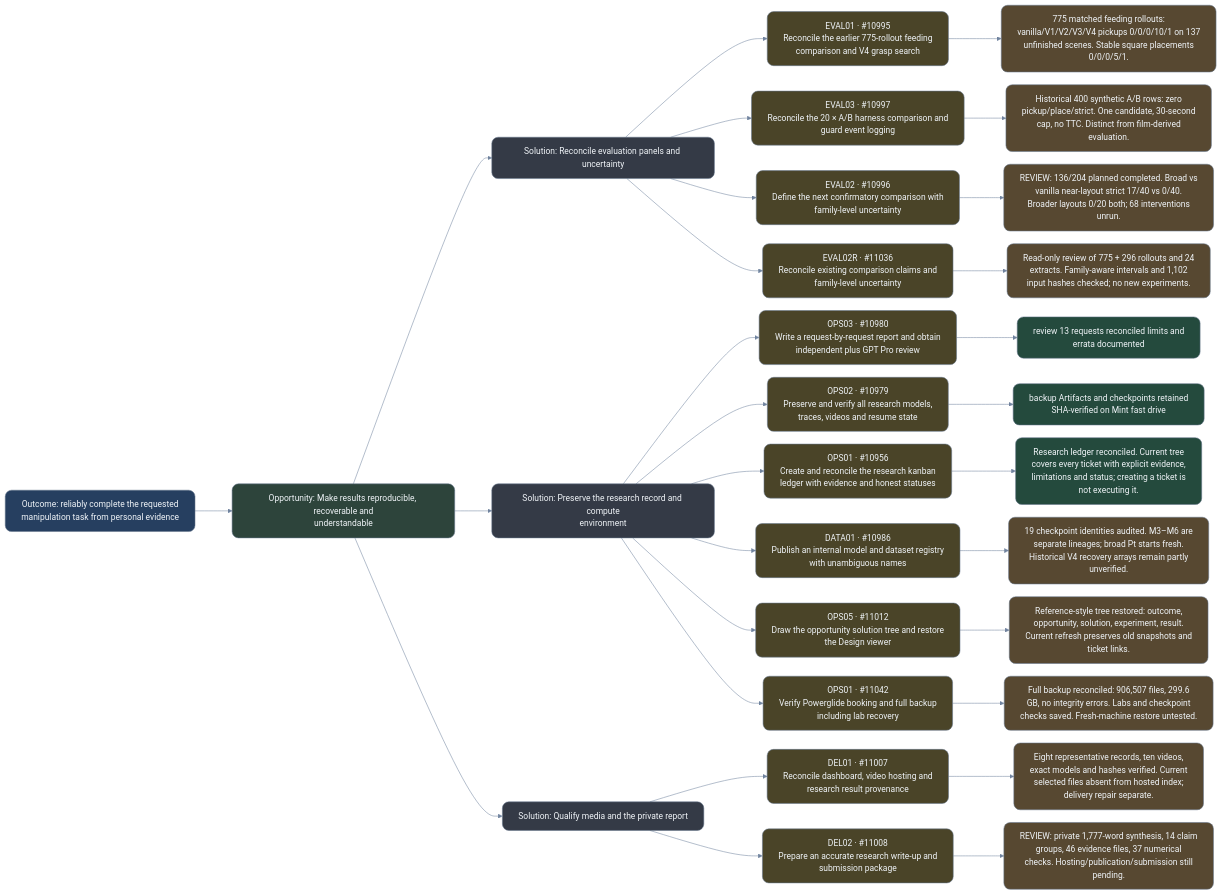
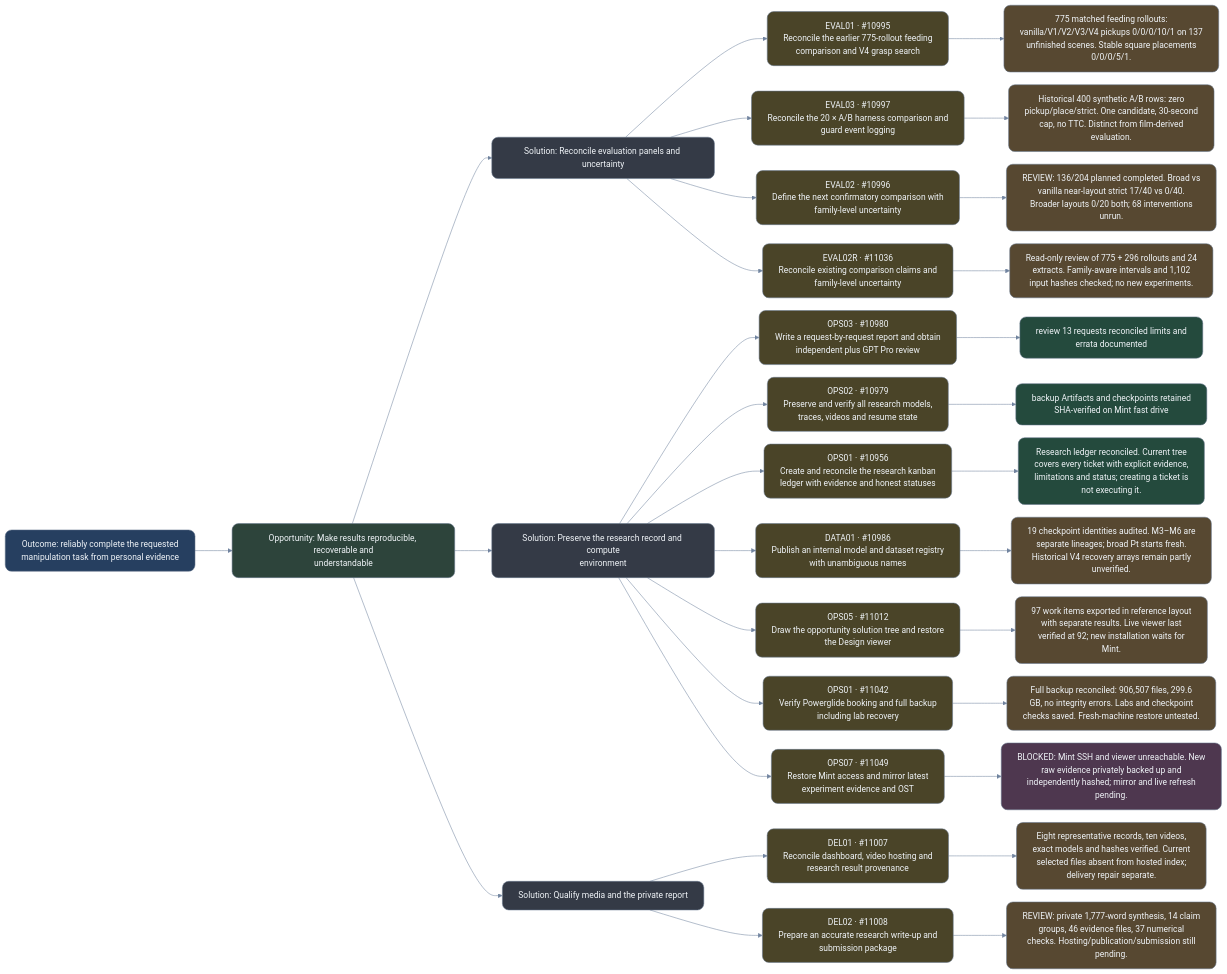
The diagram in experiment-history/2026-10-14-ost/evidence.mmd (NatMota/typhon-robotics), drawn with Mermaid before and after one commit. The commit also changed 32 other files, not shown here.

```diff
--- a/experiment-history/2026-10-14-ost/evidence.mmd
+++ b/experiment-history/2026-10-14-ost/evidence.mmd
@@ -1,81 +1,86 @@
 %%{init: {"theme": "base", "securityLevel": "loose", "fontFamily": "Arial, sans-serif", "fontSize": 18, "markdownAutoWrap": false, "flowchart": {"htmlLabels": false, "curve": "basis", "nodeSpacing": 24, "rankSpacing": 70, "wrappingWidth": 360}, "themeVariables": {"primaryTextColor": "#edf2f7", "lineColor": "#71849f", "background": "#0b1220"}}}%%
 flowchart LR
 OUT["Outcome: reliably complete the requested<br/>manipulation task from personal evidence"]:::outcome
 O_evidence["Opportunity: Make results reproducible, recoverable and<br/>understandable"]:::opportunity
 OUT --> O_evidence
 O_evidence_S0["Solution: Reconcile evaluation panels and uncertainty"]:::solution
 O_evidence --> O_evidence_S0
 T10995["EVAL01 · #10995<br/>Reconcile the earlier 775-rollout feeding<br/>comparison and V4 grasp search"]:::experiment
 O_evidence_S0 --> T10995
 R10995["775 matched feeding rollouts:<br/>vanilla/V1/V2/V3/V4 pickups 0/0/0/10/1 on 137<br/>unfinished scenes. Stable square placements<br/>0/0/0/5/1."]:::mixed
 T10995 --> R10995
 click T10995 "http://127.0.0.1:4001/?project=typhon-research#ticket=10995" "Open research ticket" _blank
 T10997["EVAL03 · #10997<br/>Reconcile the 20 × A/B harness comparison and<br/>guard event logging"]:::experiment
 O_evidence_S0 --> T10997
 R10997["Historical 400 synthetic A/B rows: zero<br/>pickup/place/strict. One candidate, 30-second<br/>cap, no TTC. Distinct from film-derived<br/>evaluation."]:::mixed
 T10997 --> R10997
 click T10997 "http://127.0.0.1:4001/?project=typhon-research#ticket=10997" "Open research ticket" _blank
 T10996["EVAL02 · #10996<br/>Define the next confirmatory comparison with<br/>family-level uncertainty"]:::experiment
 O_evidence_S0 --> T10996
 R10996["REVIEW: 136/204 planned completed. Broad vs<br/>vanilla near-layout strict 17/40 vs 0/40.<br/>Broader layouts 0/20 both; 68 interventions<br/>unrun."]:::mixed
 T10996 --> R10996
 click T10996 "http://127.0.0.1:4001/?project=typhon-research#ticket=10996" "Open research ticket" _blank
 T11036["EVAL02R · #11036<br/>Reconcile existing comparison claims and<br/>family-level uncertainty"]:::experiment
 O_evidence_S0 --> T11036
 R11036["Read-only review of 775 + 296 rollouts and 24<br/>extracts. Family-aware intervals and 1,102<br/>input hashes checked; no new experiments."]:::mixed
 T11036 --> R11036
 click T11036 "http://127.0.0.1:4001/?project=typhon-research#ticket=11036" "Open research ticket" _blank
 O_evidence_S1["Solution: Preserve the research record and compute<br/>environment"]:::solution
 O_evidence --> O_evidence_S1
 T10980["OPS03 · #10980<br/>Write a request-by-request report and obtain<br/>independent plus GPT Pro review"]:::experiment
 O_evidence_S1 --> T10980
 R10980["review 13 requests reconciled limits and<br/>errata documented"]:::evidence
 T10980 --> R10980
 click T10980 "http://127.0.0.1:4001/?project=typhon-research#ticket=10980" "Open research ticket" _blank
 T10979["OPS02 · #10979<br/>Preserve and verify all research models,<br/>traces, videos and resume state"]:::experiment
 O_evidence_S1 --> T10979
 R10979["backup Artifacts and checkpoints retained<br/>SHA-verified on Mint fast drive"]:::evidence
 T10979 --> R10979
 click T10979 "http://127.0.0.1:4001/?project=typhon-research#ticket=10979" "Open research ticket" _blank
 T10956["OPS01 · #10956<br/>Create and reconcile the research kanban<br/>ledger with evidence and honest statuses"]:::experiment
 O_evidence_S1 --> T10956
 R10956["Research ledger reconciled. Current tree<br/>covers every ticket with explicit evidence,<br/>limitations and status; creating a ticket is<br/>not executing it."]:::evidence
 T10956 --> R10956
 click T10956 "http://127.0.0.1:4001/?project=typhon-research#ticket=10956" "Open research ticket" _blank
 T10986["DATA01 · #10986<br/>Publish an internal model and dataset registry<br/>with unambiguous names"]:::experiment
 O_evidence_S1 --> T10986
 R10986["19 checkpoint identities audited. M3–M6 are<br/>separate lineages; broad Pt starts fresh.<br/>Historical V4 recovery arrays remain partly<br/>unverified."]:::mixed
 T10986 --> R10986
 click T10986 "http://127.0.0.1:4001/?project=typhon-research#ticket=10986" "Open research ticket" _blank
 T11012["OPS05 · #11012<br/>Draw the opportunity solution tree and restore<br/>the Design viewer"]:::experiment
 O_evidence_S1 --> T11012
-R11012["Reference-style tree restored: outcome,<br/>opportunity, solution, experiment, result.<br/>Current refresh preserves old snapshots and<br/>ticket links."]:::mixed
+R11012["97 work items exported in reference layout<br/>with separate results. Live viewer last<br/>verified at 92; new installation waits for<br/>Mint."]:::mixed
 T11012 --> R11012
 click T11012 "http://127.0.0.1:4001/?project=typhon-research#ticket=11012" "Open research ticket" _blank
 T11042["OPS01 · #11042<br/>Verify Powerglide booking and full backup<br/>including lab recovery"]:::experiment
 O_evidence_S1 --> T11042
 R11042["Full backup reconciled: 906,507 files, 299.6<br/>GB, no integrity errors. Labs and checkpoint<br/>checks saved. Fresh-machine restore untested."]:::mixed
 T11042 --> R11042
 click T11042 "http://127.0.0.1:4001/?project=typhon-research#ticket=11042" "Open research ticket" _blank
+T11049["OPS07 · #11049<br/>Restore Mint access and mirror latest<br/>experiment evidence and OST"]:::experiment
+O_evidence_S1 --> T11049
+R11049["BLOCKED: Mint SSH and viewer unreachable. New<br/>raw evidence privately backed up and<br/>independently hashed; mirror and live refresh<br/>pending."]:::blocked
+T11049 --> R11049
+click T11049 "http://127.0.0.1:4001/?project=typhon-research#ticket=11049" "Open research ticket" _blank
 O_evidence_S2["Solution: Qualify media and the private report"]:::solution
 O_evidence --> O_evidence_S2
 T11007["DEL01 · #11007<br/>Reconcile dashboard, video hosting and<br/>research result provenance"]:::experiment
 O_evidence_S2 --> T11007
 R11007["Eight representative records, ten videos,<br/>exact models and hashes verified. Current<br/>selected files absent from hosted index;<br/>delivery repair separate."]:::mixed
 T11007 --> R11007
 click T11007 "http://127.0.0.1:4001/?project=typhon-research#ticket=11007" "Open research ticket" _blank
 T11008["DEL02 · #11008<br/>Prepare an accurate research write-up and<br/>submission package"]:::experiment
 O_evidence_S2 --> T11008
 R11008["REVIEW: private 1,777-word synthesis, 14 claim<br/>groups, 46 evidence files, 37 numerical<br/>checks. Hosting/publication/submission still<br/>pending."]:::mixed
 T11008 --> R11008
 click T11008 "http://127.0.0.1:4001/?project=typhon-research#ticket=11008" "Open research ticket" _blank
 classDef outcome fill:#263f60,stroke:#64748b,color:#f1f5f9,rx:12,ry:12;
 classDef opportunity fill:#2d443b,stroke:#64748b,color:#f1f5f9,rx:12,ry:12;
 classDef solution fill:#343a46,stroke:#64748b,color:#f1f5f9,rx:12,ry:12;
 classDef experiment fill:#4a4428,stroke:#64748b,color:#f1f5f9,rx:12,ry:12;
 classDef evidence fill:#244a3d,stroke:#64748b,color:#f1f5f9,rx:12,ry:12;
 classDef mixed fill:#574831,stroke:#64748b,color:#f1f5f9,rx:12,ry:12;
 classDef negative fill:#56343c,stroke:#64748b,color:#f1f5f9,rx:12,ry:12;
 classDef pending fill:#30445a,stroke:#64748b,color:#f1f5f9,rx:12,ry:12;
 classDef blocked fill:#4e374f,stroke:#64748b,color:#f1f5f9,rx:12,ry:12;
 classDef parked fill:#373b42,stroke:#64748b,color:#f1f5f9,rx:12,ry:12;
```
